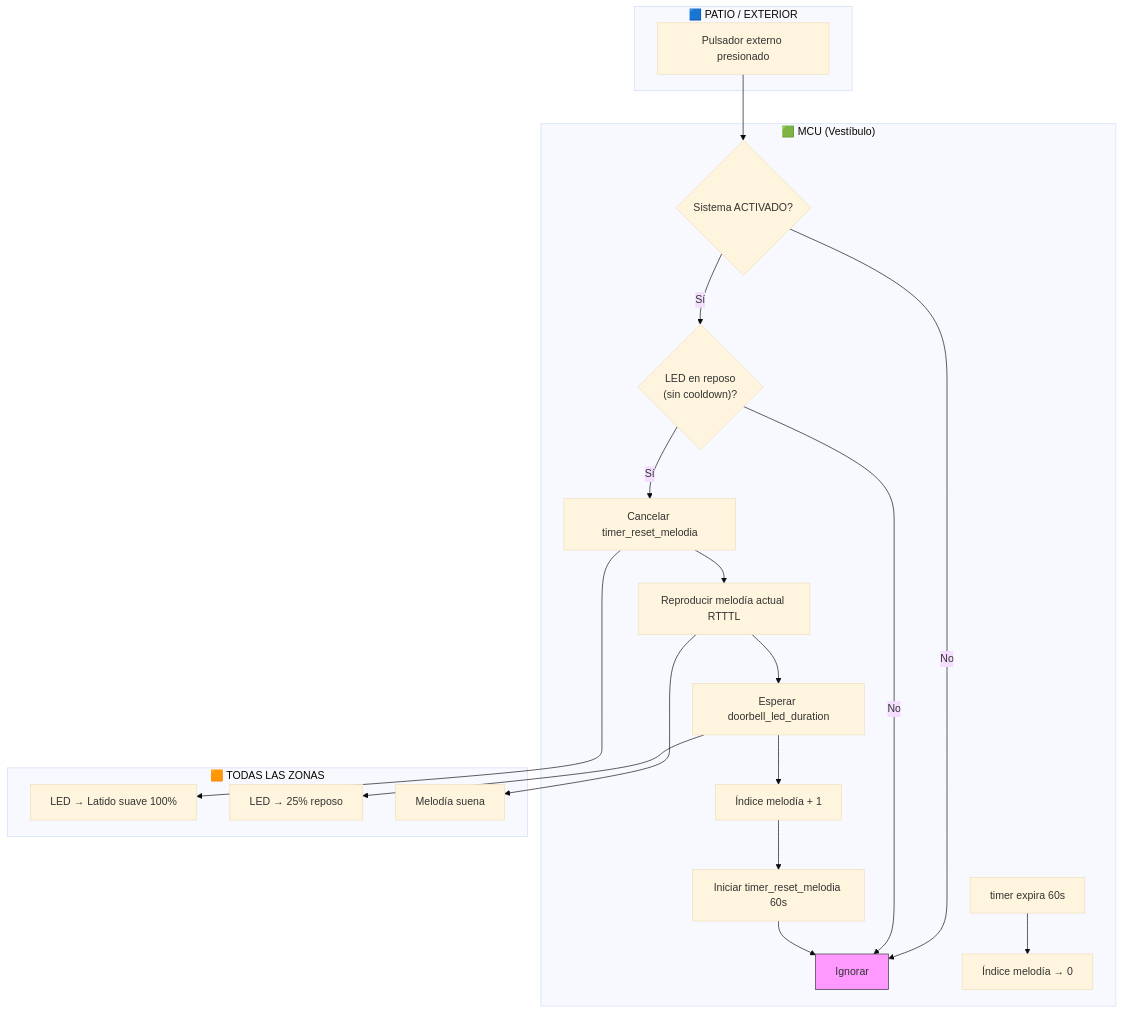
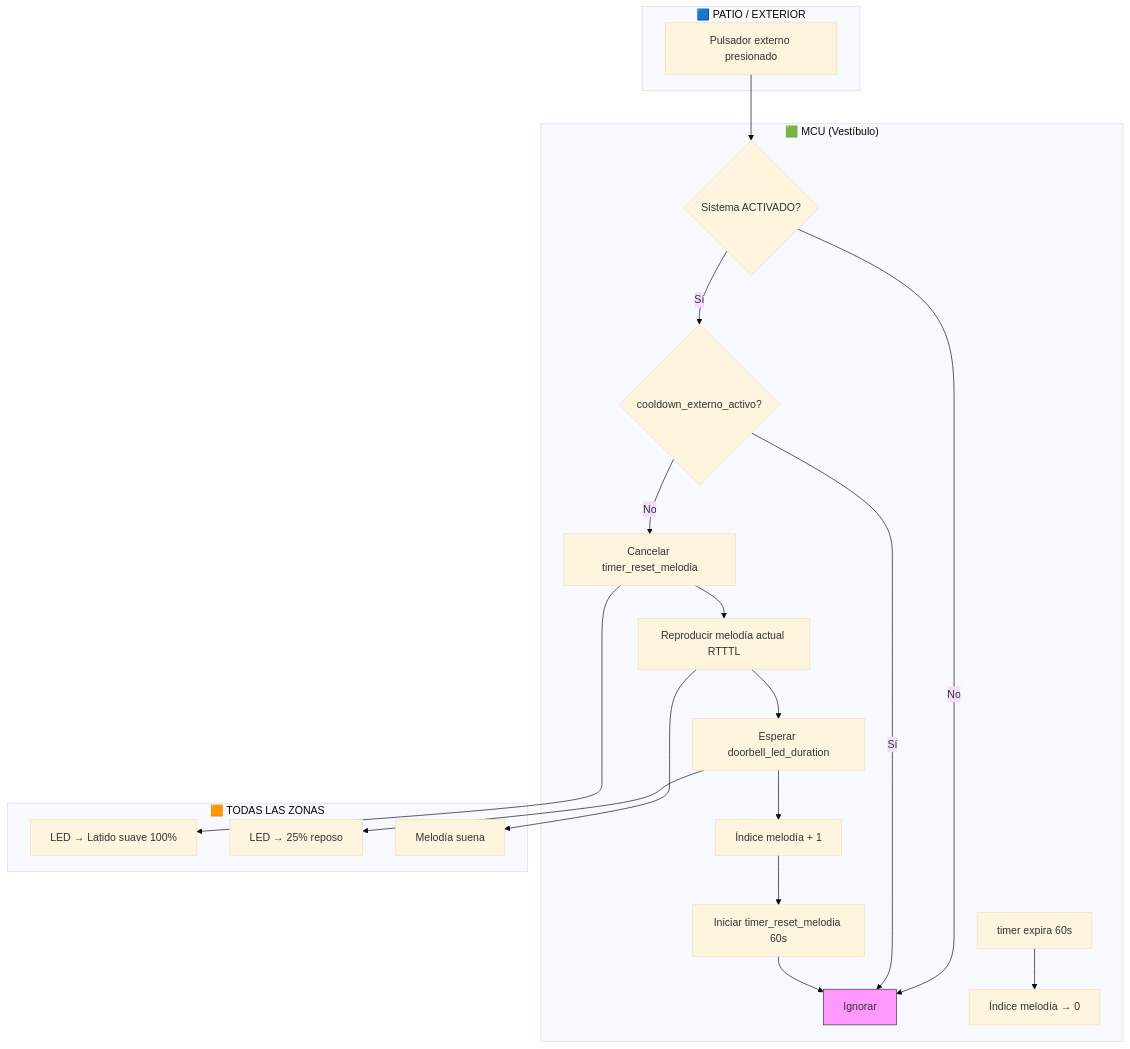
Before and after one commit to abelbour/Abrepuertas: the seventh of 10 diagrams in SYSTEM_DEFINITION.md, drawn with Mermaid (base theme).

Commit message:
Fix swimlane 11.6: cooldown_externo_activo flag (was LED reposo)

````diff
--- a/SYSTEM_DEFINITION.md
+++ b/SYSTEM_DEFINITION.md
@@ -475,34 +475,34 @@
 ```mermaid
 flowchart TD
     subgraph Ext["🟦 PATIO / EXTERIOR"]
         PULS[Pulsador externo presionado]
     end
 
     subgraph MCU["🟩 MCU (Vestíbulo)"]
         A{"Sistema ACTIVADO?"}
         A -- No --> FIN_EXT[Ignorar]
-        A -- Sí --> B{"LED en reposo<br/>(sin cooldown)?"}
-        B -- No --> FIN_EXT
-        B -- Sí --> CANCEL[Cancelar timer_reset_melodia]
+        A -- Sí --> B{"cooldown_externo_activo?"}
+        B -- Sí --> FIN_EXT
+        B -- No --> CANCEL[Cancelar timer_reset_melodia]
         CANCEL --> PLAY[Reproducir melodía actual RTTTL]
         PLAY --> WAIT[Esperar doorbell_led_duration]
         WAIT --> ADV[Índice melodía + 1]
         ADV --> TIMER[Iniciar timer_reset_melodia 60s]
         TIMER --> FIN_EXT
 
         TIMEOUT[timer expira 60s] --> RESET[Índice melodía → 0]
     end
 
     subgraph PAN["🟧 TODAS LAS ZONAS"]
         LED[LED → Latido suave 100%]
         LED2[LED → 25% reposo]
         MELO[Melodía suena]
     end
 
     PULS --> A
     PLAY --> MELO
     CANCEL --> LED
     WAIT --> LED2
 
     style FIN_EXT fill:#f9f,stroke:#333
 ```
````
